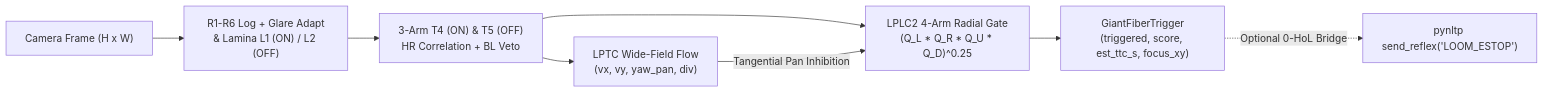
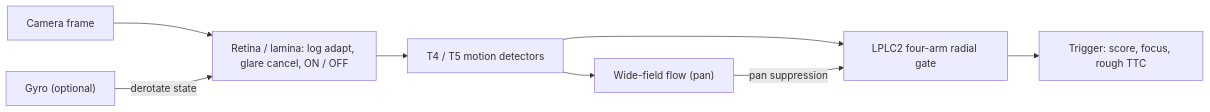
One commit to indian-aman/necklink changed the diagram in packages/necksight/README.md. Above: the diagram before and after it, drawn with Mermaid. The commit also changed other lines of this file and 13 other files, not shown here.

````diff
--- a/packages/necksight/README.md
+++ b/packages/necksight/README.md
@@ -45,10 +43,10 @@
 ```mermaid
 flowchart LR
-    A["Camera Frame (H x W)"] --> B["R1-R6 Log + Glare Adapt\n& Lamina L1 (ON) / L2 (OFF)"]
-    B --> C["3-Arm T4 (ON) & T5 (OFF)\nHR Correlation + BL Veto"]
-    C --> D["LPTC Wide-Field Flow\n(vx, vy, yaw_pan, div)"]
-    C --> E["LPLC2 4-Arm Radial Gate\n(Q_L * Q_R * Q_U * Q_D)^0.25"]
-    D -->|"Tangential Pan Inhibition"| E
-    E --> F["GiantFiberTrigger\n(triggered, score, est_ttc_s, focus_xy)"]
-    F -.->|"Optional 0-HoL Bridge"| G["pynltp send_reflex('LOOM_ESTOP')"]
+    A["Camera frame"] --> B["Retina / lamina: log adapt, glare cancel, ON / OFF"]
+    G["Gyro (optional)"] -->|"derotate state"| B
+    B --> C["T4 / T5 motion detectors"]
+    C --> D["Wide-field flow (pan)"]
+    C --> E["LPLC2 four-arm radial gate"]
+    D -->|"pan suppression"| E
+    E --> F["Trigger: score, focus, rough TTC"]
 ```
````
